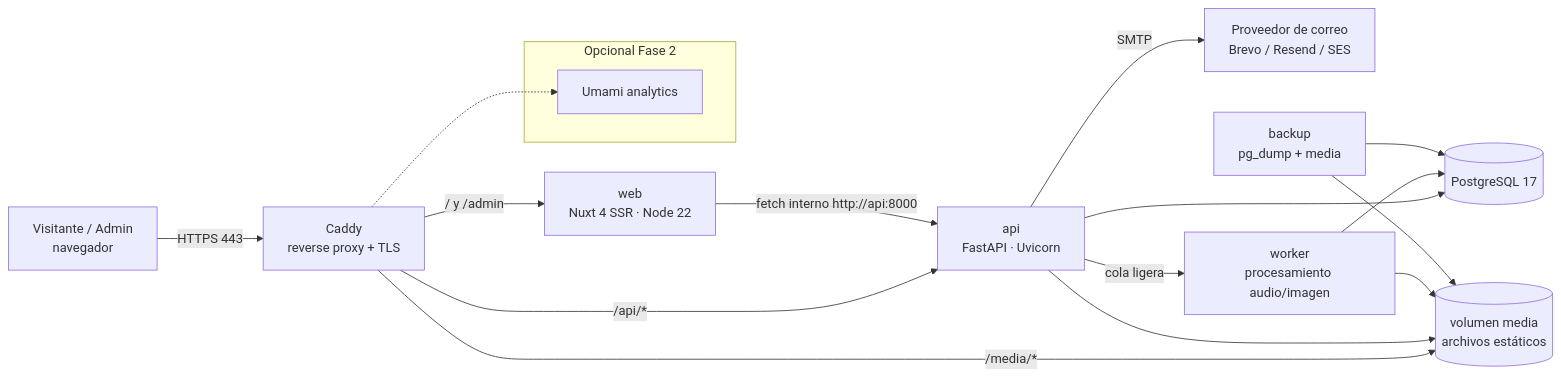
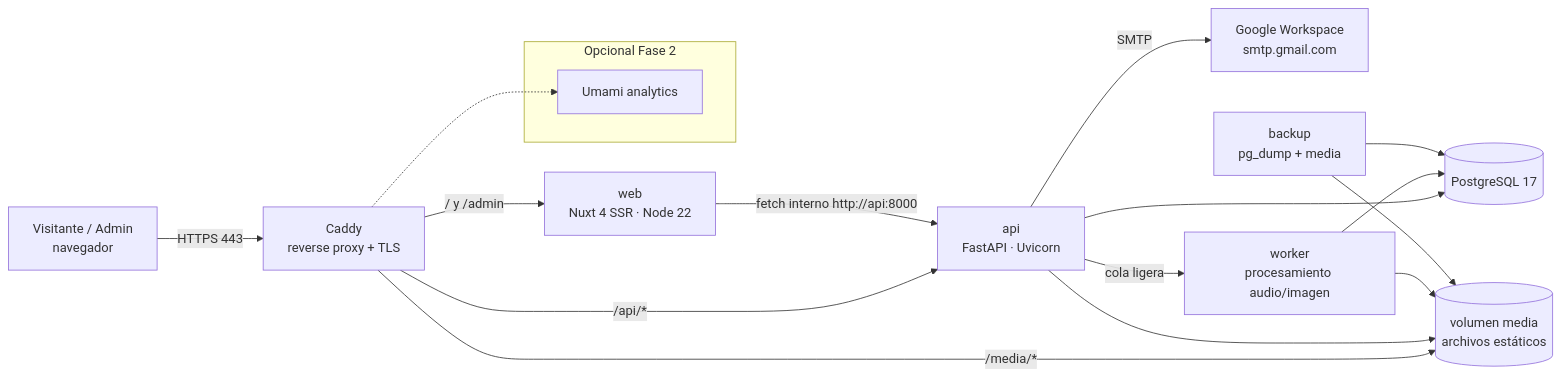
One commit to saea98/pagina_ram changed the diagram in docs/sdd/02-arquitectura.md. Above: the diagram before and after it, drawn with Mermaid. The commit also changed other lines of this file and 26 other files, not shown here.

````diff
--- a/docs/sdd/02-arquitectura.md
+++ b/docs/sdd/02-arquitectura.md
@@ -7,20 +7,20 @@
 ```mermaid
 flowchart LR
   U[Visitante / Admin<br/>navegador] -->|HTTPS 443| C[Caddy<br/>reverse proxy + TLS]
   C -->|/ y /admin| W[web<br/>Nuxt 4 SSR · Node 22]
   C -->|/api/*| A[api<br/>FastAPI · Uvicorn]
   C -->|/media/*| M[(volumen media<br/>archivos estáticos)]
   W -->|fetch interno http://api:8000| A
   A --> D[(PostgreSQL 17)]
   A --> M
-  A -->|SMTP| E[Proveedor de correo<br/>Brevo / Resend / SES]
+  A -->|SMTP| E[Google Workspace<br/>smtp.gmail.com]
   A -->|cola ligera| Wk[worker<br/>procesamiento audio/imagen]
   Wk --> M
   Wk --> D
   B[backup<br/>pg_dump + media] --> D
   B --> M
   subgraph opcional [Opcional Fase 2]
     UM[Umami analytics]
   end
   C -.-> UM
 ```
````
